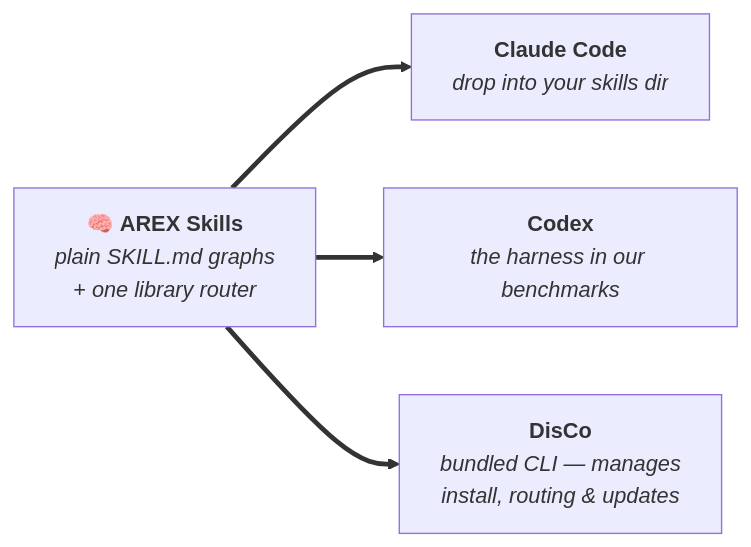
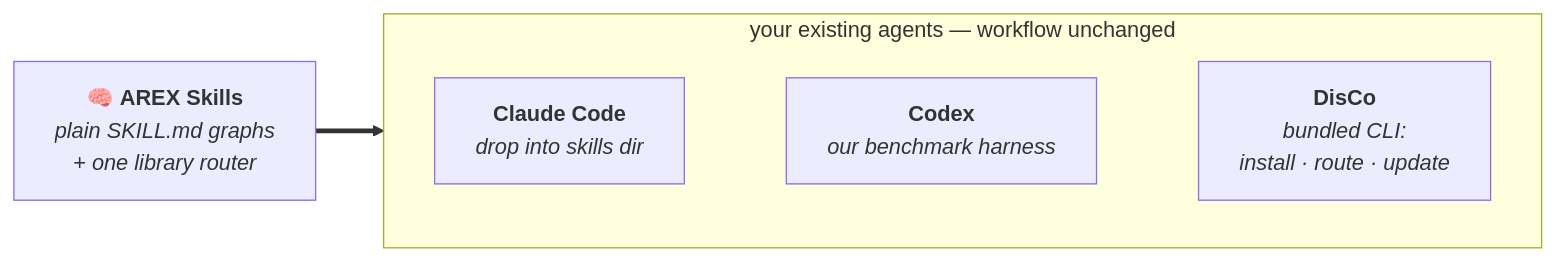
One commit to Lolo1222/AREX-Skill changed the fourth of 5 diagrams in README.md. Above: the diagram before and after it, drawn with Mermaid. The commit also changed other lines of this file and 1 other file, not shown here.

First line of the commit message:
docs: rework hero and paradigm figures, plain-language benchmark copy

````diff
--- a/README.md
+++ b/README.md
@@ -150,7 +160,8 @@
 ```mermaid
 flowchart LR
-    S["🧠 <b>AREX Skills</b><br><i>plain SKILL.md graphs<br>+ one library router</i>"]
-    S ==> A["<b>Claude Code</b><br><i>drop into your skills dir</i>"]
-    S ==> B["<b>Codex</b><br><i>the harness in our benchmarks</i>"]
-    S ==> C["<b>DisCo</b><br><i>bundled CLI — manages<br>install, routing & updates</i>"]
+    S["🧠 <b>AREX Skills</b><br><i>plain SKILL.md graphs<br>+ one library router</i>"] ==> G
+    subgraph G["your existing agents — workflow unchanged"]
+        direction LR
+        A["<b>Claude Code</b><br><i>drop into skills dir</i>"] ~~~ B["<b>Codex</b><br><i>our benchmark harness</i>"] ~~~ C["<b>DisCo</b><br><i>bundled CLI:<br>install · route · update</i>"]
+    end
 ```
````
